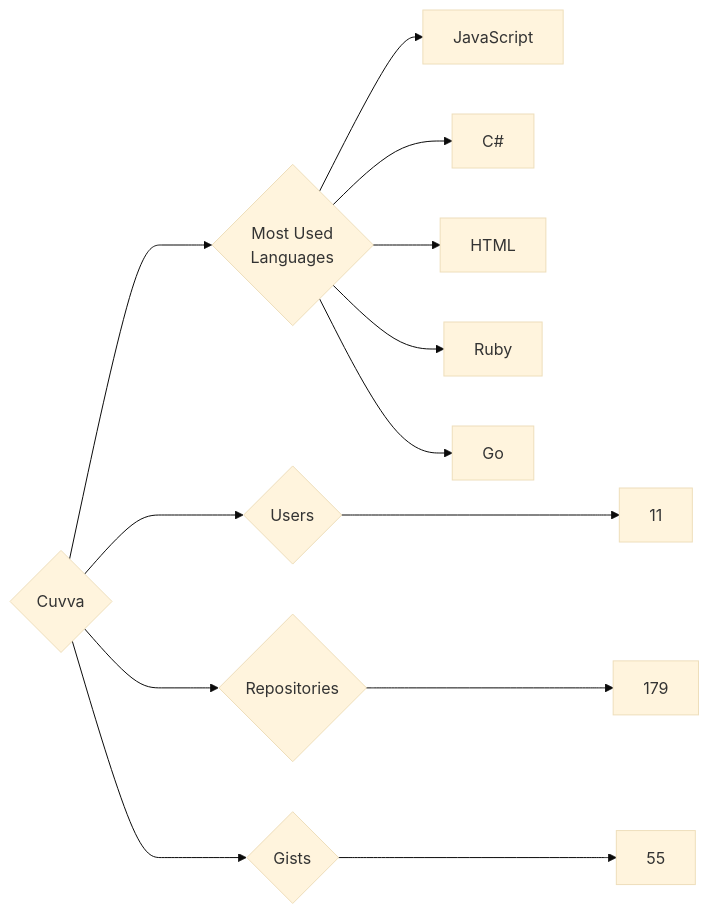
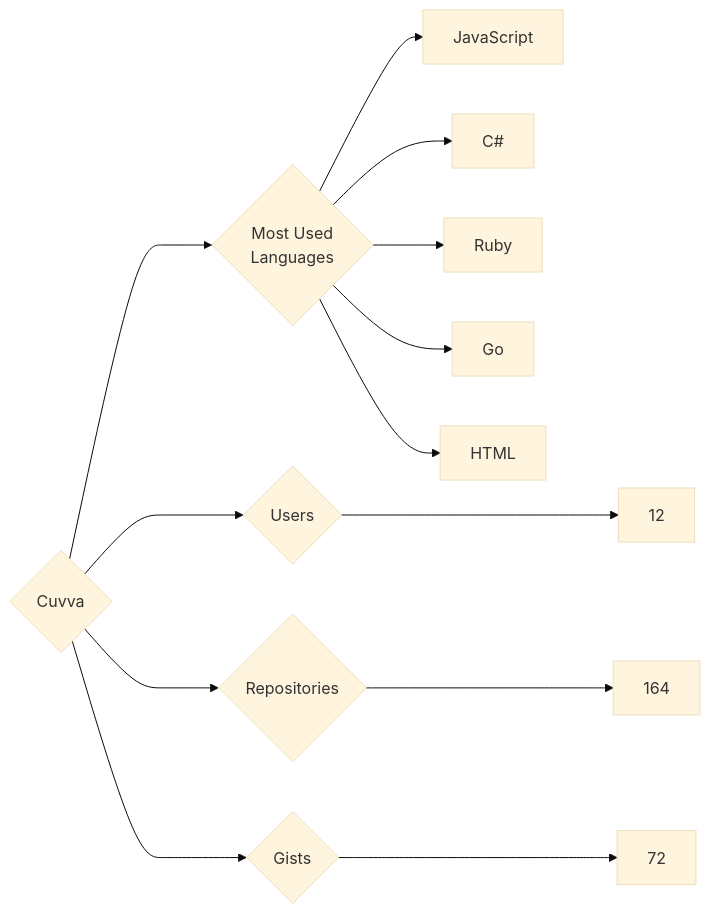
Before and after one commit to trickest/insiders: the diagram in targets/Cuvva/README.md, drawn with Mermaid (base theme). The commit also changed 870 other files, not shown here.

````diff
--- a/targets/Cuvva/README.md
+++ b/targets/Cuvva/README.md
@@ -3,13 +3,13 @@
 ```mermaid
 graph LR
 COMPANY_NAME{Cuvva}
-COMPANY_NAME ---> U{Users} ---> UN[11]
-COMPANY_NAME ---> R{Repositories} ---> RN[179]
-COMPANY_NAME ---> G{Gists} ---> GN[55]
+COMPANY_NAME ---> U{Users} ---> UN[12]
+COMPANY_NAME ---> R{Repositories} ---> RN[164]
+COMPANY_NAME ---> G{Gists} ---> GN[72]
 COMPANY_NAME ---> ML{Most Used<br>Languages}
 ML --> JavaScript[JavaScript]
 ML --> C#[C#]
-ML --> HTML[HTML]
 ML --> Ruby[Ruby]
 ML --> Go[Go]
+ML --> HTML[HTML]
 ```
````
